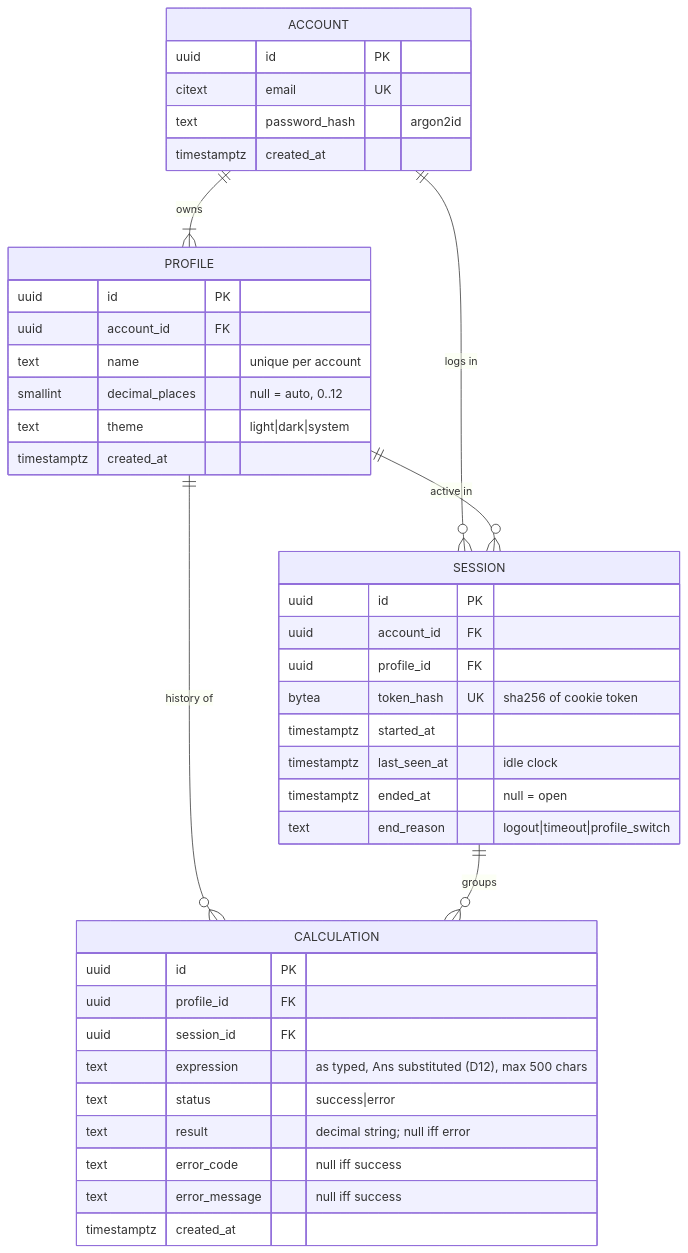
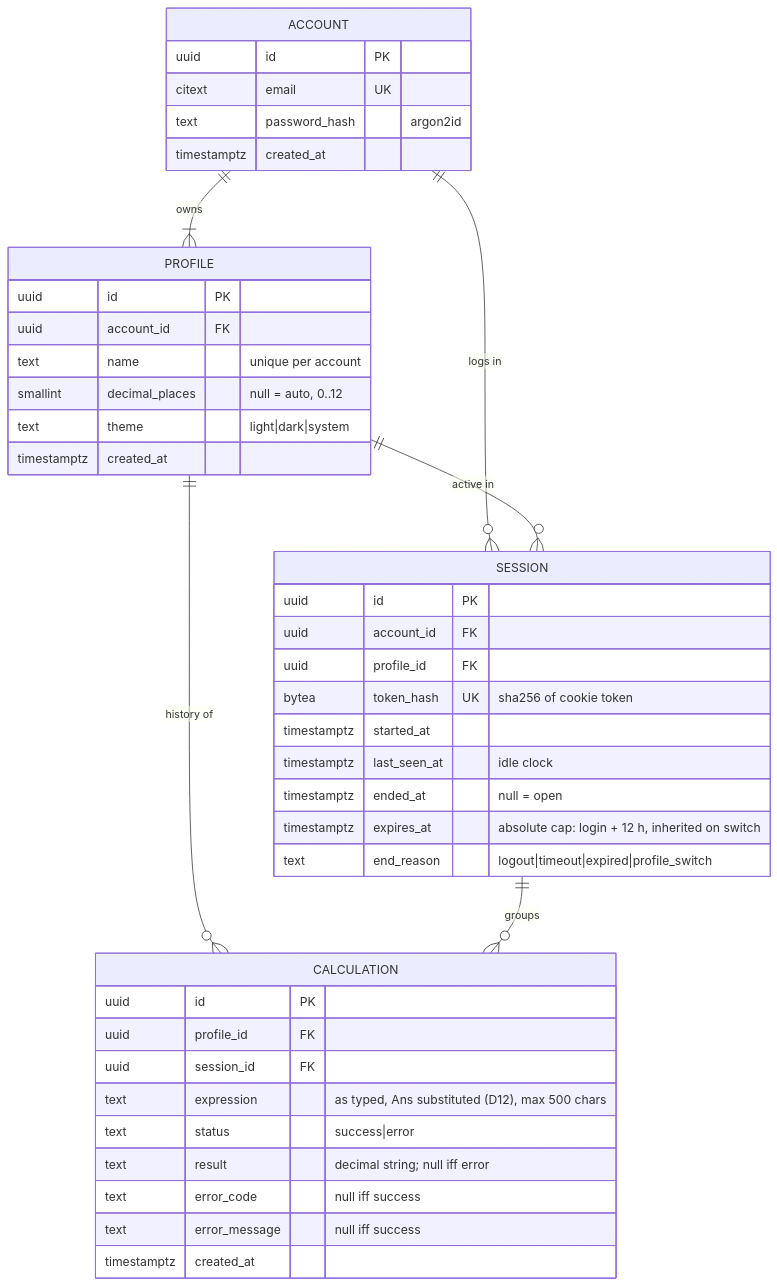
Before and after one commit to chjort/calculator-web: the second of 3 diagrams in docs/ARCHITECTURE.md, drawn with Mermaid. The commit also changed other lines of this file and 4 other files, not shown here.

First line of the commit message:
docs: R2 architecture – accounts & profiles (#3, #4) (#17)

````diff
--- a/docs/ARCHITECTURE.md
+++ b/docs/ARCHITECTURE.md
@@ -59,44 +62,45 @@
 ```mermaid
 erDiagram
   ACCOUNT ||--|{ PROFILE : owns
   ACCOUNT ||--o{ SESSION : "logs in"
   PROFILE ||--o{ SESSION : "active in"
   PROFILE ||--o{ CALCULATION : "history of"
   SESSION ||--o{ CALCULATION : groups
 
   ACCOUNT {
     uuid id PK
     citext email UK
     text password_hash "argon2id"
     timestamptz created_at
   }
   PROFILE {
     uuid id PK
     uuid account_id FK
     text name "unique per account"
     smallint decimal_places "null = auto, 0..12"
     text theme "light|dark|system"
     timestamptz created_at
   }
   SESSION {
     uuid id PK
     uuid account_id FK
     uuid profile_id FK
     bytea token_hash UK "sha256 of cookie token"
     timestamptz started_at
     timestamptz last_seen_at "idle clock"
     timestamptz ended_at "null = open"
-    text end_reason "logout|timeout|profile_switch"
+    timestamptz expires_at "absolute cap: login + 12 h, inherited on switch"
+    text end_reason "logout|timeout|expired|profile_switch"
   }
   CALCULATION {
     uuid id PK
     uuid profile_id FK
     uuid session_id FK
     text expression "as typed, Ans substituted (D12), max 500 chars"
     text status "success|error"
     text result "decimal string; null iff error"
     text error_code "null iff success"
     text error_message "null iff success"
     timestamptz created_at
   }
 ```
````
